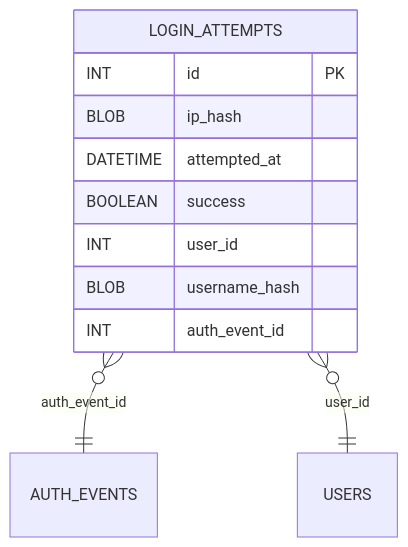
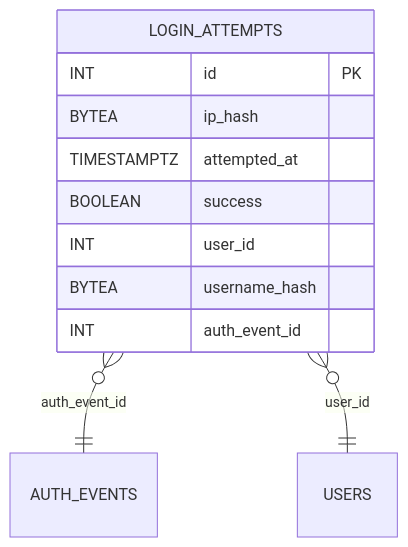
One commit to blackcatdatabase/table-login-attempts changed the diagram in README.md. Above: the diagram before and after it, drawn with Mermaid. The commit also changed other lines of this file and 26 other files, not shown here.

First line of the commit message:
Regen schema (#1)

````diff
--- a/README.md
+++ b/README.md
@@ -54,14 +57,14 @@
 ```mermaid
 erDiagram
   LOGIN_ATTEMPTS {
     INT id PK
-    BLOB ip_hash
-    DATETIME attempted_at
+    BYTEA ip_hash
+    TIMESTAMPTZ attempted_at
     BOOLEAN success
     INT user_id
-    BLOB username_hash
+    BYTEA username_hash
     INT auth_event_id
   }
   LOGIN_ATTEMPTS }o--|| AUTH_EVENTS : "auth_event_id"
   LOGIN_ATTEMPTS }o--|| USERS : "user_id"
 ```
````
